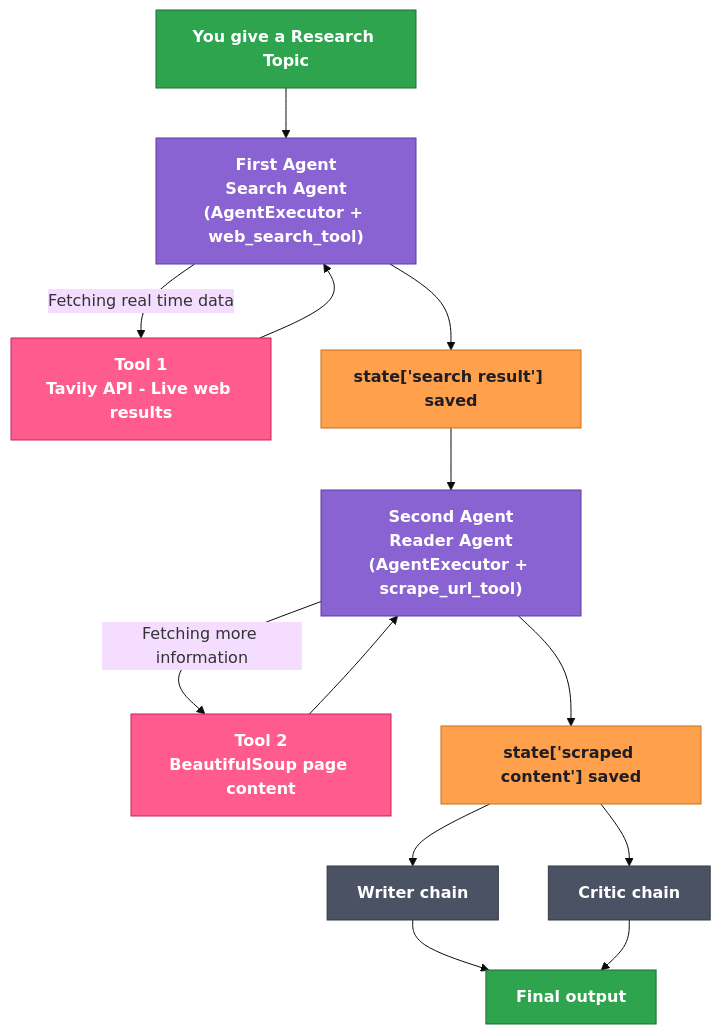
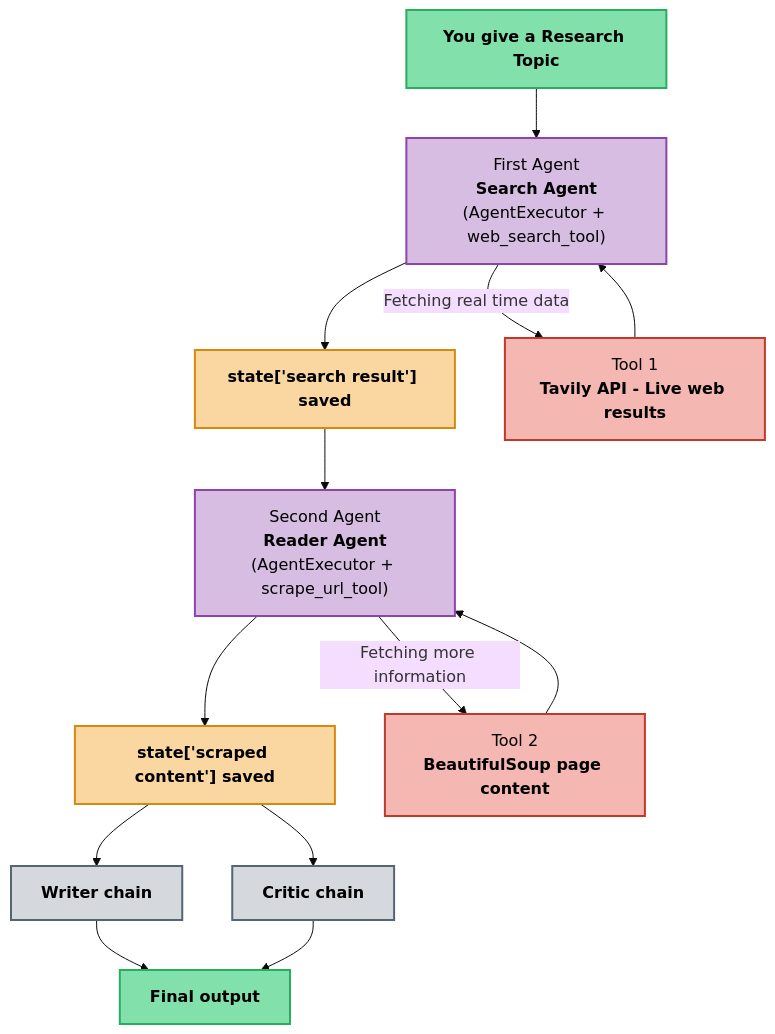
The diagram in README.md (Nancy7089/Synthea), drawn with Mermaid (base theme) before and after one commit. The commit also changed other lines of this file, not shown here.

Commit message:
Refactor README formatting and content
Updated formatting and improved clarity in the README.

````diff
--- a/README.md
+++ b/README.md
@@ -13,50 +13,50 @@
 ```mermaid
 graph TD
-    %% Define color styles
-    classDef green fill:#2ea44f,stroke:#1e6a35,color:#fff,font-weight:bold;
-    classDef purple fill:#8a63d2,stroke:#5c3a9e,color:#fff,font-weight:bold;
-    classDef peach fill:#ffa04d,stroke:#cc6e19,color:#1e1e24,font-weight:bold;
-    classDef red fill:#ff5b8e,stroke:#c42556,color:#fff,font-weight:bold;
-    classDef grey fill:#4b5263,stroke:#343a40,color:#fff,font-weight:bold;
-
-    %% Nodes and relationships
-    Topic["You give a Research Topic"]:::green
+    %% Define Nodes (Main spine defined before Tools to keep Tools on the right)
+    Topic["<b>You give a Research Topic</b>"]
     
-    SearchAgent["First Agent<br>Search Agent<br>(AgentExecutor + web_search_tool)"]:::purple
-    Tavily["Tool 1<br>Tavily API - Live web results"]:::red
+    SearchAgent["First Agent<br><b>Search Agent</b><br>(AgentExecutor + web_search_tool)"]
+    State1["<b>state['search result'] saved</b>"]
+    Tool1["Tool 1<br><b>Tavily API - Live web results</b>"]
     
-    SearchSaved["state['search result'] saved"]:::peach
+    ReaderAgent["Second Agent<br><b>Reader Agent</b><br>(AgentExecutor + scrape_url_tool)"]
+    State2["<b>state['scraped content'] saved</b>"]
+    Tool2["Tool 2<br><b>BeautifulSoup page content</b>"]
     
-    ReaderAgent["Second Agent<br>Reader Agent<br>(AgentExecutor + scrape_url_tool)"]:::purple
-    Scraper["Tool 2<br>BeautifulSoup page content"]:::red
+    WriterChain["<b>Writer chain</b>"]
+    CriticChain["<b>Critic chain</b>"]
     
-    ScrapedSaved["state['scraped content'] saved"]:::peach
+    Final["<b>Final output</b>"]
     
-    WriterChain["Writer chain"]:::grey
-    CriticChain["Critic chain"]:::grey
-    
-    FinalOutput["Final output"]:::green
-
-    %% Process flow
+    %% Connections (Main flow declared first so Tools branch to the right)
     Topic --> SearchAgent
     
-    %% Interactive side-loops with tools
-    SearchAgent -->|Fetching real time data| Tavily
-    Tavily --> SearchAgent
+    SearchAgent --> State1
+    SearchAgent -->|Fetching real time data| Tool1
+    Tool1 --> SearchAgent
     
-    SearchAgent --> SearchSaved
-    SearchSaved --> ReaderAgent
+    State1 --> ReaderAgent
     
-    ReaderAgent -->|Fetching more information| Scraper
-    Scraper --> ReaderAgent
+    ReaderAgent --> State2
+    ReaderAgent -->|Fetching more information| Tool2
+    Tool2 --> ReaderAgent
     
-    ReaderAgent --> ScrapedSaved
+    %% Parallel Writer and Critic Chains
+    State2 --> WriterChain
+    State2 --> CriticChain
     
-    %% Parallel branches
-    ScrapedSaved --> WriterChain
-    ScrapedSaved --> CriticChain
+    WriterChain --> Final
+    CriticChain --> Final
     
-    %% Final output convergence
-    WriterChain --> FinalOutput
-    CriticChain --> FinalOutput
+    %% Pastel Styling
+    style Topic fill:#82e0aa,stroke:#27ae60,stroke-width:2px,color:#000
+    style SearchAgent fill:#d7bde2,stroke:#8e44ad,stroke-width:2px,color:#000
+    style Tool1 fill:#f5b7b1,stroke:#c0392b,stroke-width:2px,color:#000
+    style State1 fill:#fad7a1,stroke:#d68910,stroke-width:2px,color:#000
+    style ReaderAgent fill:#d7bde2,stroke:#8e44ad,stroke-width:2px,color:#000
+    style Tool2 fill:#f5b7b1,stroke:#c0392b,stroke-width:2px,color:#000
+    style State2 fill:#fad7a1,stroke:#d68910,stroke-width:2px,color:#000
+    style WriterChain fill:#d5d8dc,stroke:#566573,stroke-width:2px,color:#000
+    style CriticChain fill:#d5d8dc,stroke:#566573,stroke-width:2px,color:#000
+    style Final fill:#82e0aa,stroke:#27ae60,stroke-width:2px,color:#000
 ```
````
